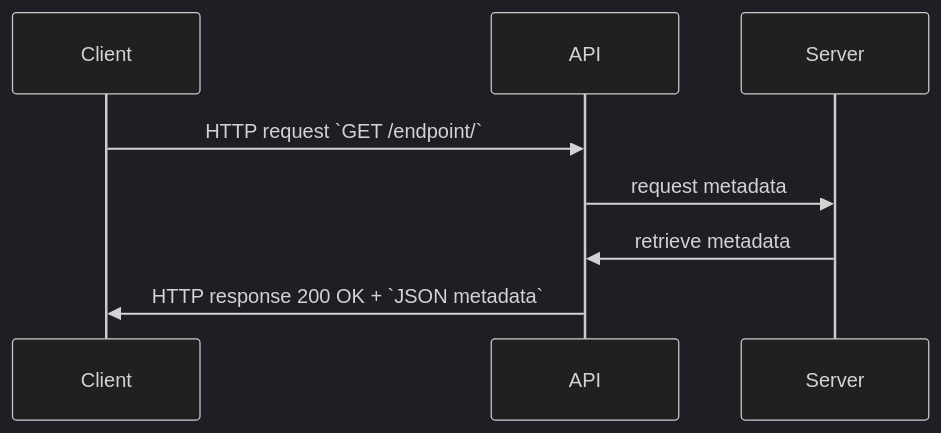
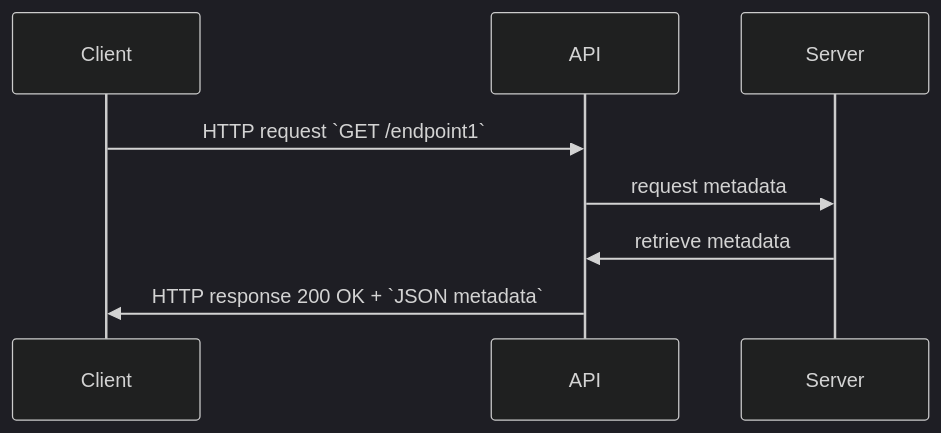
The fifth of 6 diagrams in README.md (tplisson/api-overview), drawn with Mermaid (dark theme) before and after one commit. The commit also changed other lines of this file, not shown here.

````diff
--- a/README.md
+++ b/README.md
@@ -45,7 +45,7 @@
 ```mermaid
 sequenceDiagram;
-    Client ->> API: HTTP request `GET /endpoint/`
+    Client ->> API: HTTP request `GET /endpoint1`
     API ->> Server: request metadata
     Server ->> API: retrieve metadata
     API ->> Client: HTTP response 200 OK + `JSON metadata`
 ```
````
